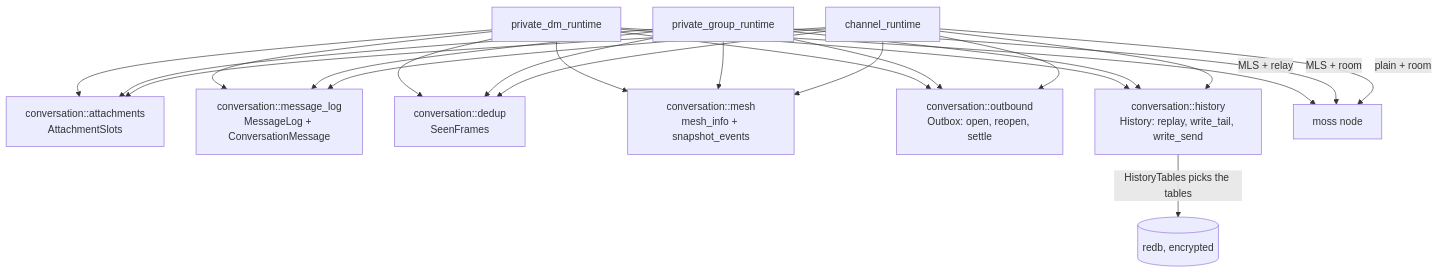
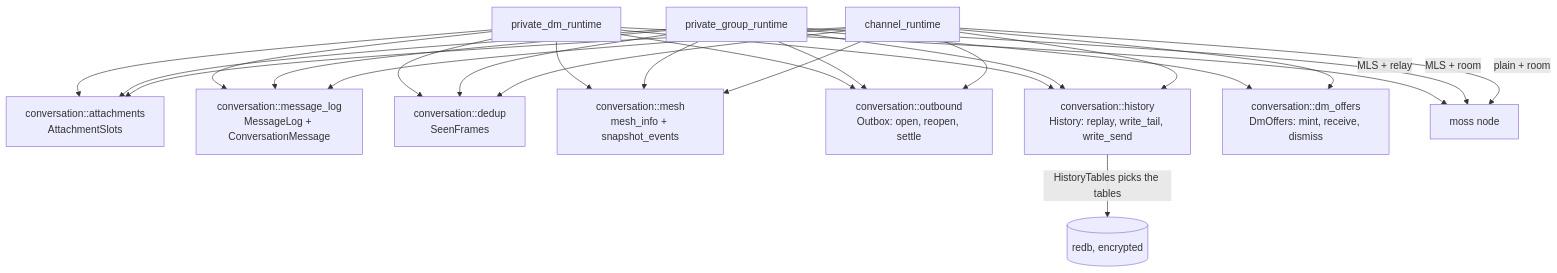
The eighth of 8 diagrams in docs/Architecture.md (redstone-md/mosh-flutter), drawn with Mermaid before and after one commit. The commit also changed other lines of this file and 5 other files, not shown here.

````diff
--- a/docs/Architecture.md
+++ b/docs/Architecture.md
@@ -315,37 +315,40 @@
 ```mermaid
 flowchart TD
     Dm[private_dm_runtime]
     Gr[private_group_runtime]
     Ch[channel_runtime]
     Slots["conversation::attachments<br/>AttachmentSlots"]
     Log["conversation::message_log<br/>MessageLog + ConversationMessage"]
     Seen["conversation::dedup<br/>SeenFrames"]
     Mesh["conversation::mesh<br/>mesh_info + snapshot_events"]
     Out["conversation::outbound<br/>Outbox: open, reopen, settle"]
     Hist["conversation::history<br/>History: replay, write_tail, write_send"]
+    Offers["conversation::dm_offers<br/>DmOffers: mint, receive, dismiss"]
     Moss[moss node]
     Db[(redb, encrypted)]
 
     Dm --> Slots
     Dm --> Log
     Dm --> Seen
     Dm --> Mesh
     Dm --> Out
     Dm --> Hist
     Gr --> Slots
     Gr --> Log
     Gr --> Seen
     Gr --> Mesh
     Gr --> Out
     Gr --> Hist
+    Gr --> Offers
     Ch --> Slots
     Ch --> Log
     Ch --> Seen
     Ch --> Mesh
     Ch --> Out
     Ch --> Hist
+    Ch --> Offers
     Hist -->|"HistoryTables picks the tables"| Db
     Dm -->|"MLS + relay"| Moss
     Gr -->|"MLS + room"| Moss
     Ch -->|"plain + room"| Moss
 ```
````
